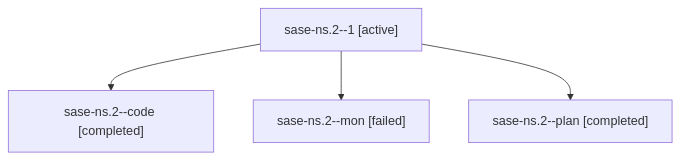
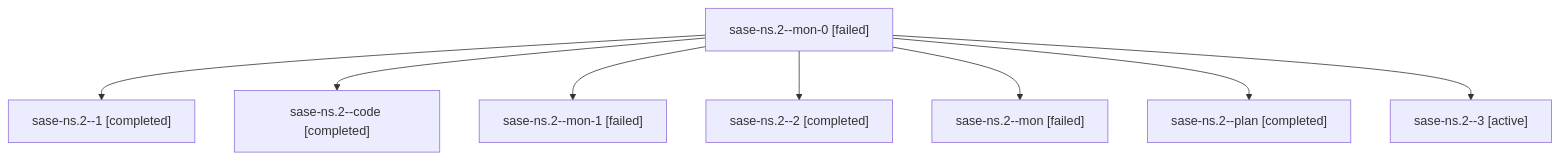
One commit to sase-org/sase--agents changed the diagram in families/bbugyi200.athena.sase-ns.2.md. Above: the diagram before and after it, drawn with Mermaid. The commit also changed other lines of this file and 52 other files, not shown here.

````diff
--- a/families/bbugyi200.athena.sase-ns.2.md
+++ b/families/bbugyi200.athena.sase-ns.2.md
@@ -9,10 +9,18 @@
 ```mermaid
 flowchart TD
-  n0["sase-ns.2--1 [active]"]
-  n1["sase-ns.2--code [completed]"]
+  n0["sase-ns.2--mon-0 [failed]"]
+  n1["sase-ns.2--1 [completed]"]
   n0 --> n1
-  n2["sase-ns.2--mon [failed]"]
+  n2["sase-ns.2--code [completed]"]
   n0 --> n2
-  n3["sase-ns.2--plan [completed]"]
+  n3["sase-ns.2--mon-1 [failed]"]
   n0 --> n3
+  n4["sase-ns.2--2 [completed]"]
+  n0 --> n4
+  n5["sase-ns.2--mon [failed]"]
+  n0 --> n5
+  n6["sase-ns.2--plan [completed]"]
+  n0 --> n6
+  n7["sase-ns.2--3 [active]"]
+  n0 --> n7
 ```
````
